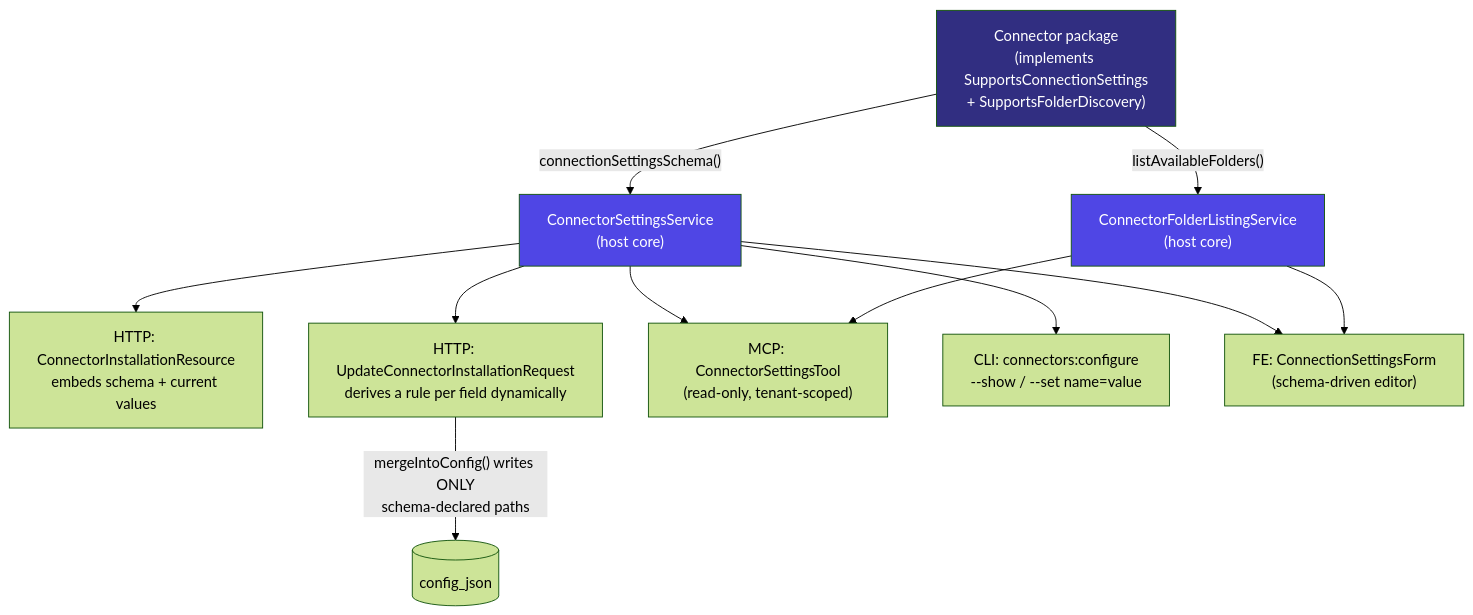
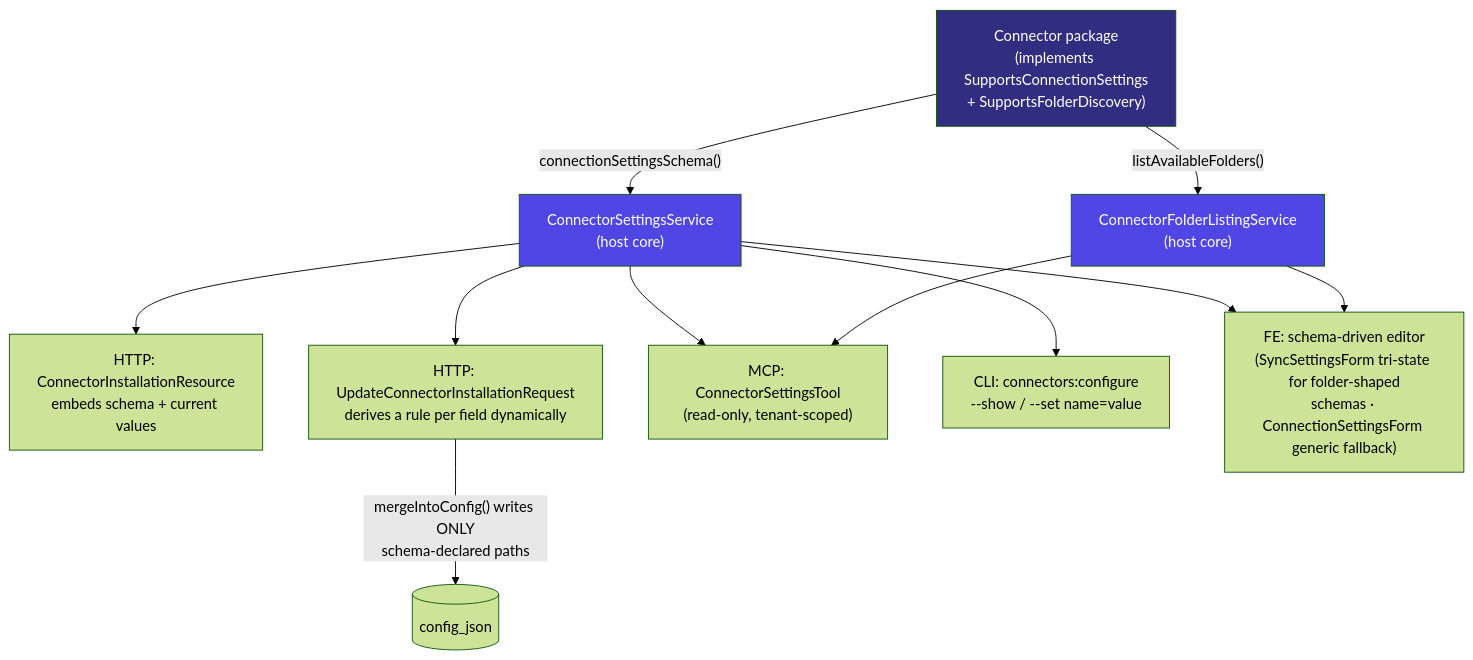
The diagram in docs-site/connectors-sync-settings.mdx (lopadova/AskMyDocs), drawn with Mermaid (forest theme) before and after one commit. The commit also changed other lines of this file and 43 other files, not shown here.

````diff
--- a/docs-site/connectors-sync-settings.mdx
+++ b/docs-site/connectors-sync-settings.mdx
@@ -47,17 +47,17 @@
 ```mermaid
 flowchart TD
     C["Connector package<br/>(implements SupportsConnectionSettings<br/>+ SupportsFolderDiscovery)"]
     C -- "connectionSettingsSchema()" --> S["ConnectorSettingsService<br/>(host core)"]
     C -- "listAvailableFolders()" --> FL["ConnectorFolderListingService<br/>(host core)"]
     S --> R["HTTP: ConnectorInstallationResource<br/>embeds schema + current values"]
     S --> V["HTTP: UpdateConnectorInstallationRequest<br/>derives a rule per field dynamically"]
     S --> M["MCP: ConnectorSettingsTool<br/>(read-only, tenant-scoped)"]
     S --> CLI["CLI: connectors:configure<br/>--show / --set name=value"]
-    S --> FORM["FE: ConnectionSettingsForm<br/>(schema-driven editor)"]
+    S --> FORM["FE: schema-driven editor<br/>(SyncSettingsForm tri-state for folder-shaped<br/>schemas · ConnectionSettingsForm generic fallback)"]
     FL --> FORM
     FL --> M
     V -- "mergeIntoConfig() writes ONLY<br/>schema-declared paths" --> DB[("config_json")]
     style C fill:#312e81,color:#fff
     style S fill:#4f46e5,color:#fff
     style FL fill:#4f46e5,color:#fff
 ```
````
